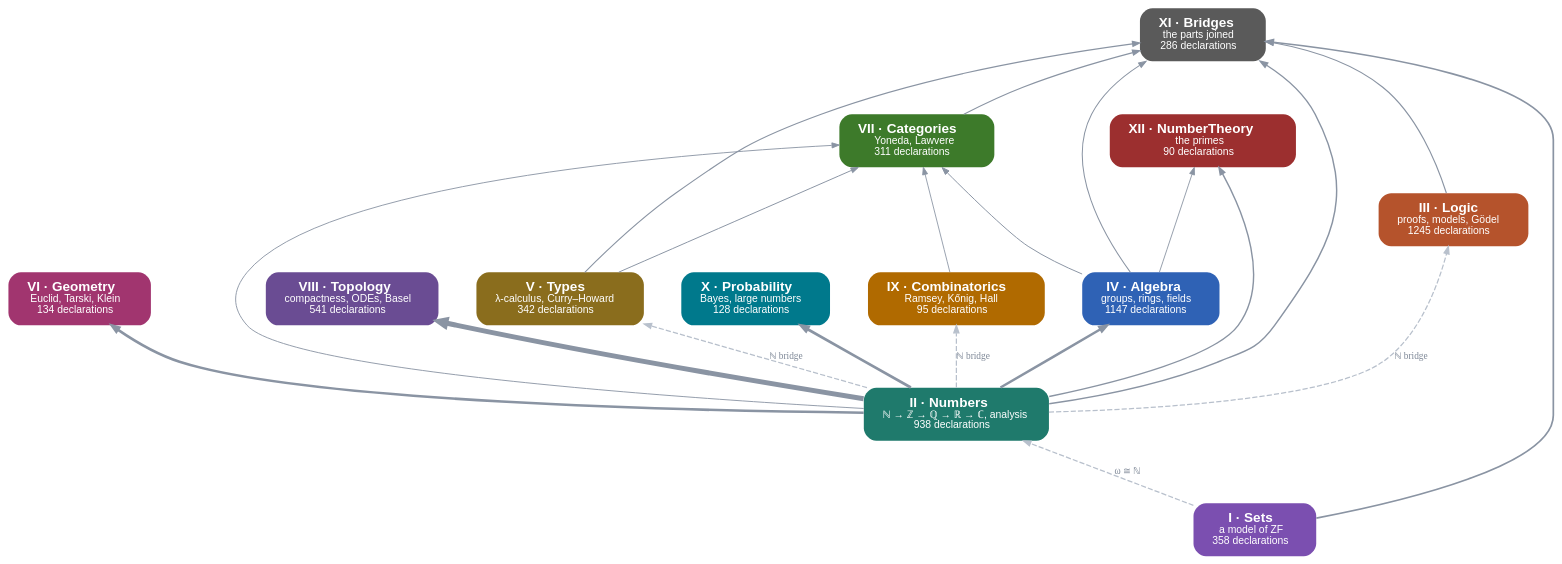
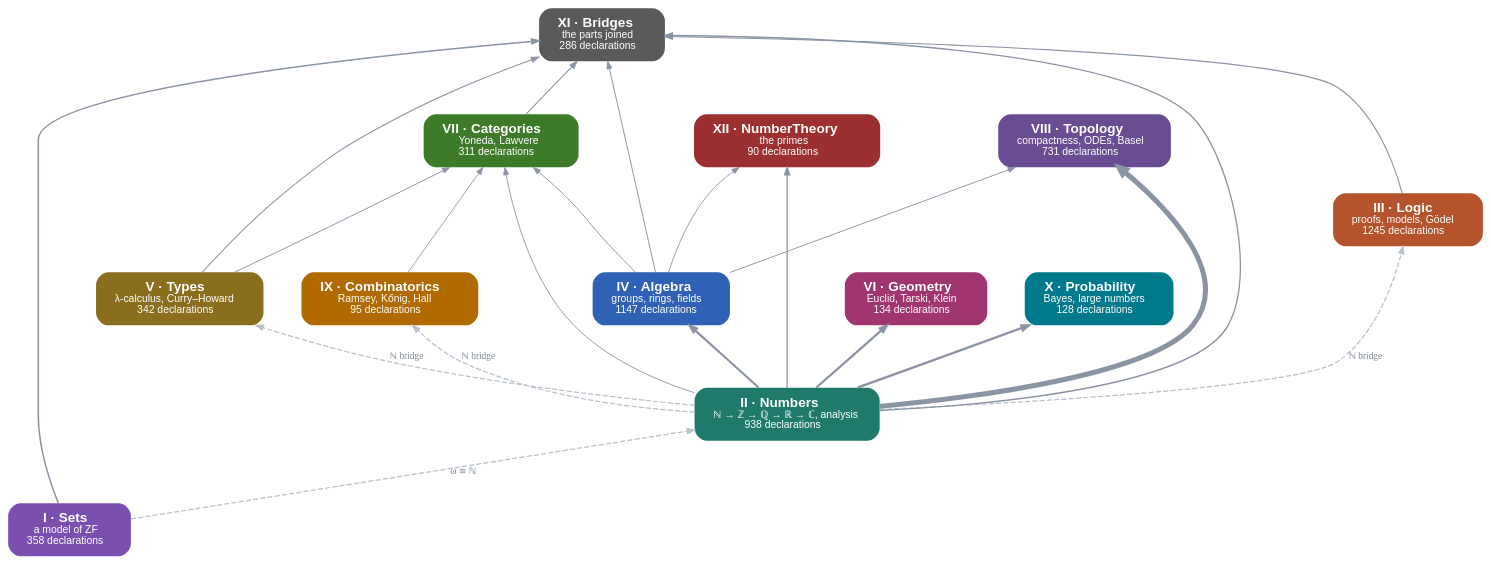
The diagram in site/dist/parts.dot (damianspendel/foundations), drawn with Graphviz before and after one commit. The commit also changed 17 other files, not shown here.

First line of the commit message:
Topology: fundamental group, π₁(S¹) ≅ ℤ, Brouwer in 2D, FTA by winding numbers

```diff
--- a/site/dist/parts.dot
+++ b/site/dist/parts.dot
@@ -1,37 +1,38 @@
 digraph parts {
 rankdir=BT; bgcolor="transparent"; nodesep=0.5; ranksep=0.7;
 node [shape=box, style="rounded,filled", fontname="Helvetica", fontsize=13, penwidth=0, margin="0.25,0.12"];
 edge [color="#8a94a3", arrowsize=0.7];
 "Sets" [label=<<b>I · Sets</b><br/><font point-size="10">a model of ZF<br/>358 declarations</font>>, fillcolor="#7b4fb0", fontcolor="white"];
 "Numbers" [label=<<b>II · Numbers</b><br/><font point-size="10">ℕ → ℤ → ℚ → ℝ → ℂ, analysis<br/>938 declarations</font>>, fillcolor="#1f7a6c", fontcolor="white"];
 "Logic" [label=<<b>III · Logic</b><br/><font point-size="10">proofs, models, Gödel<br/>1245 declarations</font>>, fillcolor="#b5532c", fontcolor="white"];
 "Algebra" [label=<<b>IV · Algebra</b><br/><font point-size="10">groups, rings, fields<br/>1147 declarations</font>>, fillcolor="#2f62b5", fontcolor="white"];
 "Types" [label=<<b>V · Types</b><br/><font point-size="10">λ-calculus, Curry–Howard<br/>342 declarations</font>>, fillcolor="#8a6d1d", fontcolor="white"];
 "Geometry" [label=<<b>VI · Geometry</b><br/><font point-size="10">Euclid, Tarski, Klein<br/>134 declarations</font>>, fillcolor="#a1356f", fontcolor="white"];
 "Categories" [label=<<b>VII · Categories</b><br/><font point-size="10">Yoneda, Lawvere<br/>311 declarations</font>>, fillcolor="#3d7a2a", fontcolor="white"];
-"Topology" [label=<<b>VIII · Topology</b><br/><font point-size="10">compactness, ODEs, Basel<br/>541 declarations</font>>, fillcolor="#6a4c93", fontcolor="white"];
+"Topology" [label=<<b>VIII · Topology</b><br/><font point-size="10">compactness, ODEs, Basel<br/>731 declarations</font>>, fillcolor="#6a4c93", fontcolor="white"];
 "Combinatorics" [label=<<b>IX · Combinatorics</b><br/><font point-size="10">Ramsey, Kőnig, Hall<br/>95 declarations</font>>, fillcolor="#b06a00", fontcolor="white"];
 "Probability" [label=<<b>X · Probability</b><br/><font point-size="10">Bayes, large numbers<br/>128 declarations</font>>, fillcolor="#00798c", fontcolor="white"];
 "Bridges" [label=<<b>XI · Bridges</b><br/><font point-size="10">the parts joined<br/>286 declarations</font>>, fillcolor="#5a5a5a", fontcolor="white"];
 "NumberTheory" [label=<<b>XII · NumberTheory</b><br/><font point-size="10">the primes<br/>90 declarations</font>>, fillcolor="#9c2f2f", fontcolor="white"];
-"Algebra" -> "Bridges" [penwidth=0.98, tooltip="37 uses of Algebra in Bridges"];
-"Algebra" -> "Categories" [penwidth=0.94, tooltip="23 uses of Algebra in Categories"];
-"Algebra" -> "NumberTheory" [penwidth=0.85, tooltip="3 uses of Algebra in NumberTheory"];
-"Categories" -> "Bridges" [penwidth=1.07, tooltip="82 uses of Categories in Bridges"];
-"Combinatorics" -> "Categories" [penwidth=0.83, tooltip="1 uses of Combinatorics in Categories"];
-"Logic" -> "Bridges" [penwidth=1.12, tooltip="115 uses of Logic in Bridges"];
-"Numbers" -> "Algebra" [penwidth=2.45, tooltip="3114 uses of Numbers in Algebra"];
-"Numbers" -> "Bridges" [penwidth=1.39, tooltip="404 uses of Numbers in Bridges"];
-"Numbers" -> "Categories" [penwidth=0.87, tooltip="5 uses of Numbers in Categories"];
-"Numbers" -> "Geometry" [penwidth=2.47, tooltip="3189 uses of Numbers in Geometry"];
-"Numbers" -> "NumberTheory" [penwidth=1.36, tooltip="358 uses of Numbers in NumberTheory"];
-"Numbers" -> "Probability" [penwidth=2.59, tooltip="3662 uses of Numbers in Probability"];
-"Numbers" -> "Topology" [penwidth=4.80, tooltip="18380 uses of Numbers in Topology"];
-"Sets" -> "Bridges" [penwidth=1.63, tooltip="796 uses of Sets in Bridges"];
-"Types" -> "Bridges" [penwidth=1.05, tooltip="73 uses of Types in Bridges"];
-"Types" -> "Categories" [penwidth=0.94, tooltip="21 uses of Types in Categories"];
+"Algebra" -> "Bridges" [penwidth=0.94, tooltip="37 uses of Algebra in Bridges"];
+"Algebra" -> "Categories" [penwidth=0.91, tooltip="23 uses of Algebra in Categories"];
+"Algebra" -> "NumberTheory" [penwidth=0.84, tooltip="3 uses of Algebra in NumberTheory"];
+"Algebra" -> "Topology" [penwidth=0.91, tooltip="24 uses of Algebra in Topology"];
+"Categories" -> "Bridges" [penwidth=1.01, tooltip="82 uses of Categories in Bridges"];
+"Combinatorics" -> "Categories" [penwidth=0.82, tooltip="1 uses of Combinatorics in Categories"];
+"Logic" -> "Bridges" [penwidth=1.05, tooltip="115 uses of Logic in Bridges"];
+"Numbers" -> "Algebra" [penwidth=2.10, tooltip="3114 uses of Numbers in Algebra"];
+"Numbers" -> "Bridges" [penwidth=1.27, tooltip="404 uses of Numbers in Bridges"];
+"Numbers" -> "Categories" [penwidth=0.85, tooltip="5 uses of Numbers in Categories"];
+"Numbers" -> "Geometry" [penwidth=2.12, tooltip="3189 uses of Numbers in Geometry"];
+"Numbers" -> "NumberTheory" [penwidth=1.24, tooltip="358 uses of Numbers in NumberTheory"];
+"Numbers" -> "Probability" [penwidth=2.21, tooltip="3662 uses of Numbers in Probability"];
+"Numbers" -> "Topology" [penwidth=4.80, tooltip="29469 uses of Numbers in Topology"];
+"Sets" -> "Bridges" [penwidth=1.46, tooltip="796 uses of Sets in Bridges"];
+"Types" -> "Bridges" [penwidth=1.00, tooltip="73 uses of Types in Bridges"];
+"Types" -> "Categories" [penwidth=0.91, tooltip="21 uses of Types in Categories"];
 "Sets" -> "Numbers" [style=dashed, color="#b8c0cc", penwidth=1.2, label=<<font point-size="9" color="#7d8796">ω ≅ ℕ</font>>];
 "Numbers" -> "Logic" [style=dashed, color="#b8c0cc", penwidth=1.2, label=<<font point-size="9" color="#7d8796">ℕ bridge</font>>];
 "Numbers" -> "Types" [style=dashed, color="#b8c0cc", penwidth=1.2, label=<<font point-size="9" color="#7d8796">ℕ bridge</font>>];
 "Numbers" -> "Combinatorics" [style=dashed, color="#b8c0cc", penwidth=1.2, label=<<font point-size="9" color="#7d8796">ℕ bridge</font>>];
 }
```
